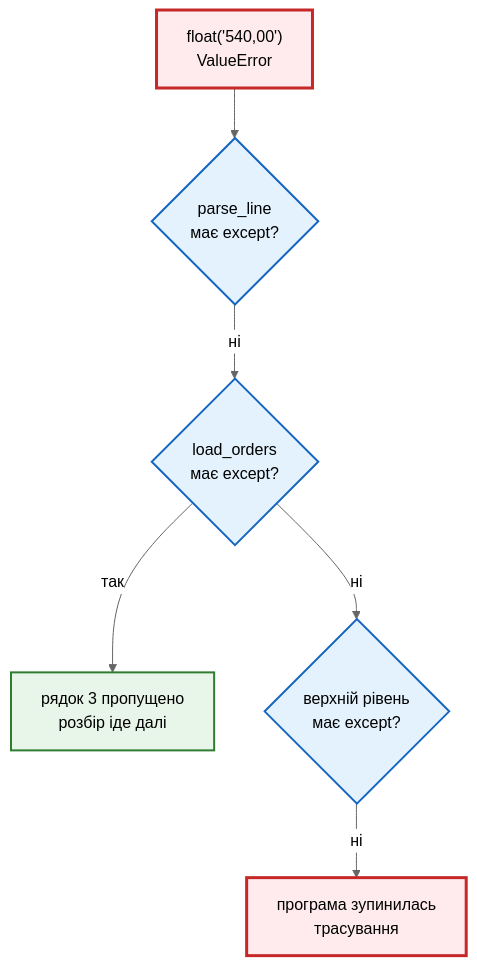
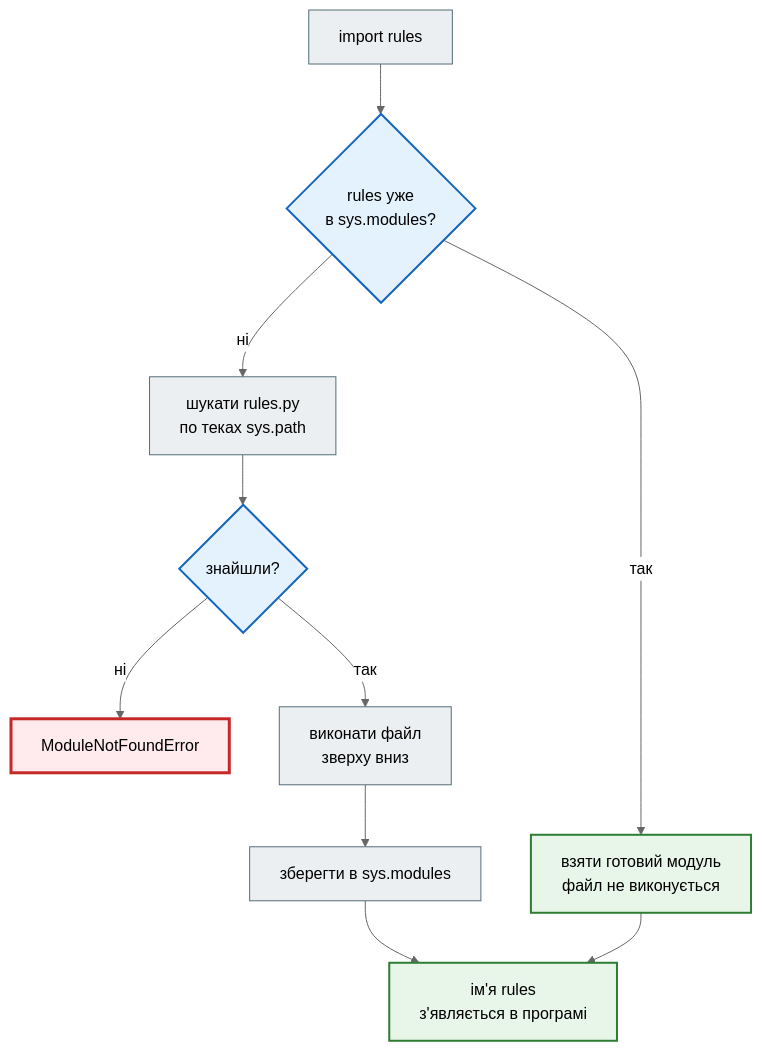
One commit to AlinaRadchenko/PY-Course-Victor-Nikoriak-22-09-2026 changed the second of 2 diagrams in docs/modules/m1/lesson_13.md. Above: the diagram before and after it, drawn with Mermaid (neutral theme). The commit also changed other lines of this file and 1846 other files, not shown here.

````diff
--- a/docs/modules/m1/lesson_13.md
+++ b/docs/modules/m1/lesson_13.md
@@ -416,19 +184,23 @@
 ```mermaid
 flowchart TD
     classDef step     fill:#eceff1,stroke:#546e7a,stroke-width:1px;
     classDef decision fill:#e3f2fd,stroke:#1565c0,stroke-width:2px;
     classDef success  fill:#e8f5e9,stroke:#2e7d32,stroke-width:2px;
     classDef error    fill:#ffebee,stroke:#c62828,stroke-width:3px;
     classDef warning  fill:#fff8e1,stroke:#e65100,stroke-width:2px;
 
-    F["float('540,00')<br>ValueError"] --> P{"parse_line<br>має except?"}
-    P -- ні --> L{"load_orders<br>має except?"}
-    L -- так --> OK["рядок 3 пропущено<br>розбір іде далі"]
-    L -- ні --> M{"верхній рівень<br>має except?"}
-    M -- ні --> X["програма зупинилась<br>трасування"]
+    A["import rules"] --> B{"rules уже<br>в sys.modules?"}
+    B -- так --> F["взяти готовий модуль<br>файл не виконується"]
+    B -- ні --> C["шукати rules.py<br>по теках sys.path"]
+    C --> D{"знайшли?"}
+    D -- ні --> E["ModuleNotFoundError"]
+    D -- так --> G["виконати файл<br>зверху вниз"]
+    G --> H["зберегти в sys.modules"]
+    H --> I["ім'я rules<br>з'являється в програмі"]
+    F --> I
 
-    class F error
-    class P,L,M decision
-    class OK success
-    class X error
+    class A,C,G,H step
+    class B,D decision
+    class E error
+    class F,I success
 ```
````
